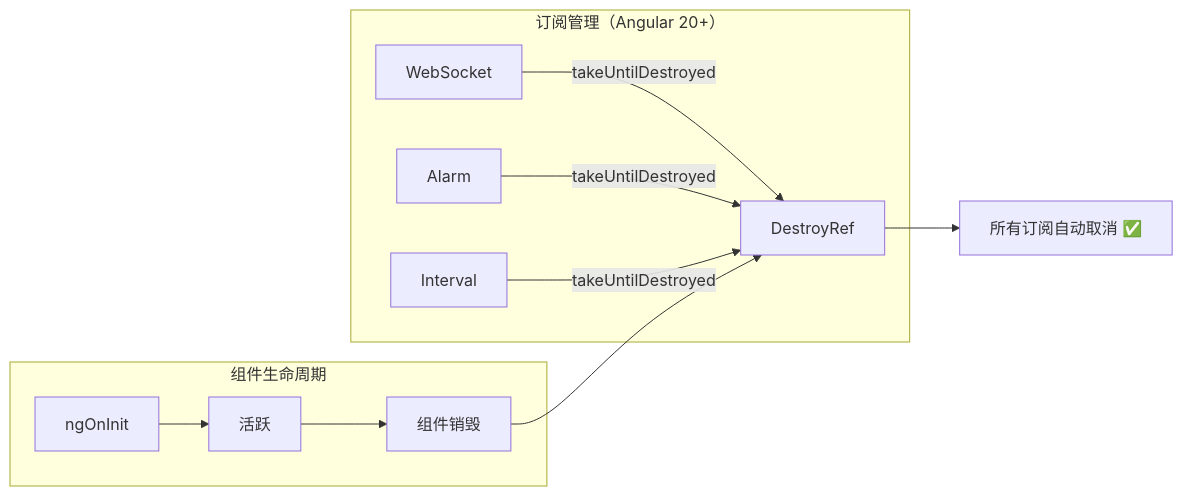
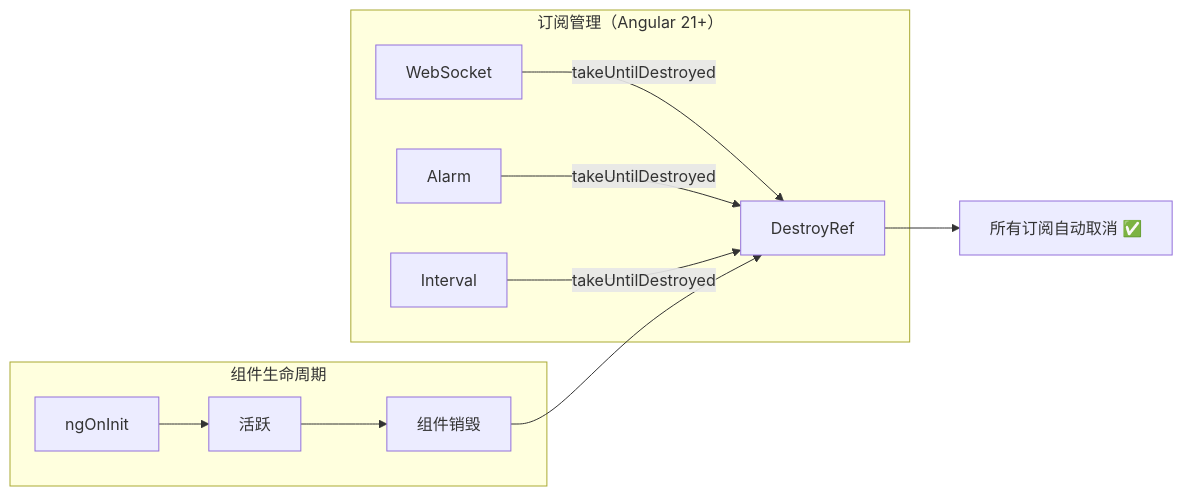
Diagram 60 of 60 in S4-面试冲刺/02-简历问题.md (KMaybe01/common), drawn with Mermaid before and after one commit. The commit also changed other lines of this file and 25 other files, not shown here.

````diff
--- a/S4-面试冲刺/02-简历问题.md
+++ b/S4-面试冲刺/02-简历问题.md
@@ -8503,16 +8503,16 @@
 ```mermaid
 flowchart LR
   subgraph "组件生命周期"
     Init["ngOnInit"] --> Active["活跃"]
     Active --> Destroy["组件销毁"]
   end
 
-  subgraph "订阅管理（Angular 20+）"
+  subgraph "订阅管理（Angular 21+）"
     WS["WebSocket"] --> |"takeUntilDestroyed"| DR["DestroyRef"]
     Alarm["Alarm"] --> |"takeUntilDestroyed"| DR
     Timer["Interval"] --> |"takeUntilDestroyed"| DR
   end
 
   Destroy --> DR
   DR --> Unsub["所有订阅自动取消 ✅"]
 ```
````
